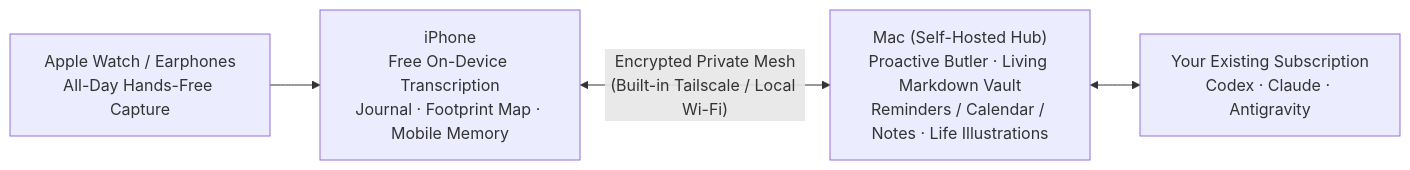
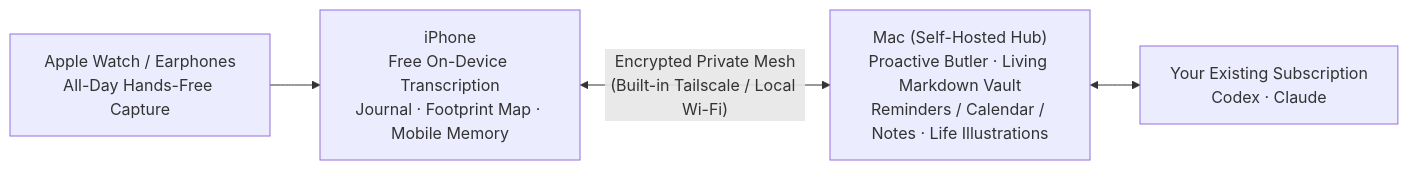
Before and after one commit to Miri-Labs/MoMo-Agent: the diagram in README.md, drawn with Mermaid. The commit also changed other lines of this file and 19 other files, not shown here.

````diff
--- a/README.md
+++ b/README.md
@@ -69,6 +69,6 @@
 ```mermaid
 flowchart LR
     W["Apple Watch / Earphones\nAll-Day Hands-Free Capture"] --> P["iPhone\nFree On-Device Transcription\nJournal · Footprint Map · Mobile Memory"]
     P <-->|"Encrypted Private Mesh\n(Built-in Tailscale / Local Wi-Fi)"| M["Mac (Self-Hosted Hub)\nProactive Butler · Living Markdown Vault\nReminders / Calendar / Notes · Life Illustrations"]
-    M <--> AI["Your Existing Subscription\nCodex · Claude · Antigravity"]
+    M <--> AI["Your Existing Subscription\nCodex · Claude"]
 ```
````
